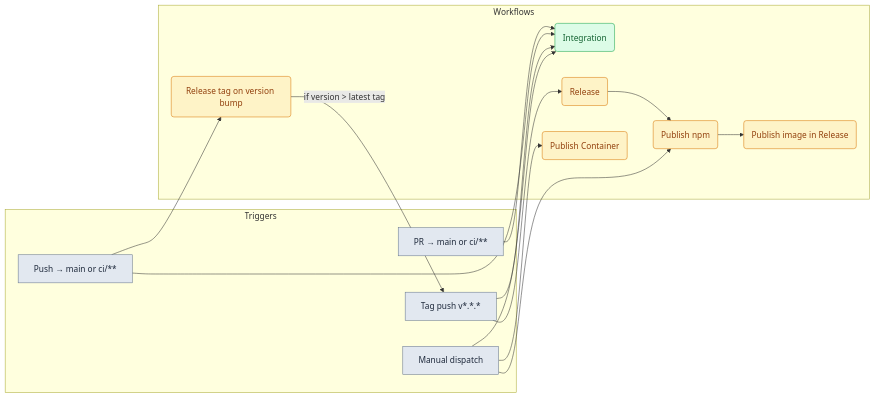
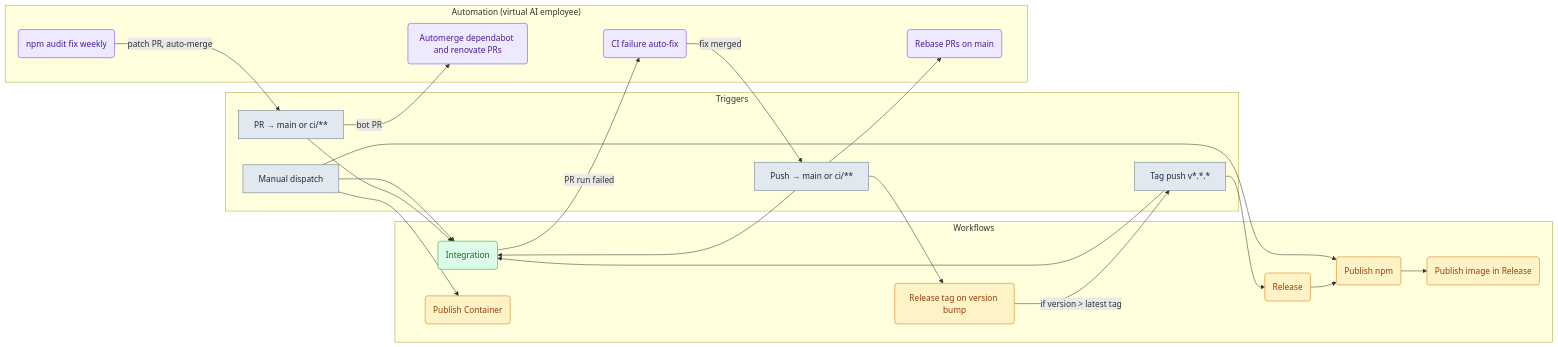
One commit to jakub-plichcinski/kairos-mcp changed the first of 3 diagrams in .github/workflows/README.md. Above: the diagram before and after it, drawn with Mermaid. The commit also changed other lines of this file, not shown here.

Commit message:
docs(ci): document automation workflows in workflows README

````diff
--- a/.github/workflows/README.md
+++ b/.github/workflows/README.md
@@ -7,37 +7,51 @@
 ```mermaid
 flowchart LR
   subgraph triggers["Triggers"]
     PR[PR → main or ci/**]
     PUSH[Push → main or ci/**]
     TAG[Tag push v*.*.*]
     MANUAL[Manual dispatch]
   end
 
   subgraph workflows["Workflows"]
     INT(Integration)
     RTAG(Release tag on version bump)
     REL(Release)
     PNPM(Publish npm)
     PIMG(Publish image in Release)
     PCONT(Publish Container)
   end
 
+  subgraph automation["Automation (virtual AI employee)"]
+    AFX(CI failure auto-fix)
+    ADM(Automerge dependabot and renovate PRs)
+    AUD(npm audit fix weekly)
+    RBP(Rebase PRs on main)
+  end
+
   PR --> INT
   PUSH --> INT
   PUSH --> RTAG
+  PUSH --> RBP
   TAG --> INT
   TAG --> REL
   RTAG -->|"if version > latest tag"| TAG
   REL --> PNPM
   PNPM --> PIMG
   MANUAL --> INT
   MANUAL --> PNPM
   MANUAL --> PCONT
+  INT -->|"PR run failed"| AFX
+  PR -->|"bot PR"| ADM
+  AUD -->|"patch PR, auto-merge"| PR
+  AFX -->|"fix merged"| PUSH
 
   classDef trigger fill:#e2e8f0,stroke:#64748b,color:#1e293b
   classDef integration fill:#dcfce7,stroke:#16a34a,color:#166534
   classDef release fill:#fef3c7,stroke:#d97706,color:#92400e
+  classDef automation fill:#ede9fe,stroke:#7c3aed,color:#4c1d95
   class PR,PUSH,TAG,MANUAL trigger
   class INT integration
   class RTAG,REL,PNPM,PIMG,PCONT release
+  class AFX,ADM,AUD,RBP automation
 ```
````
